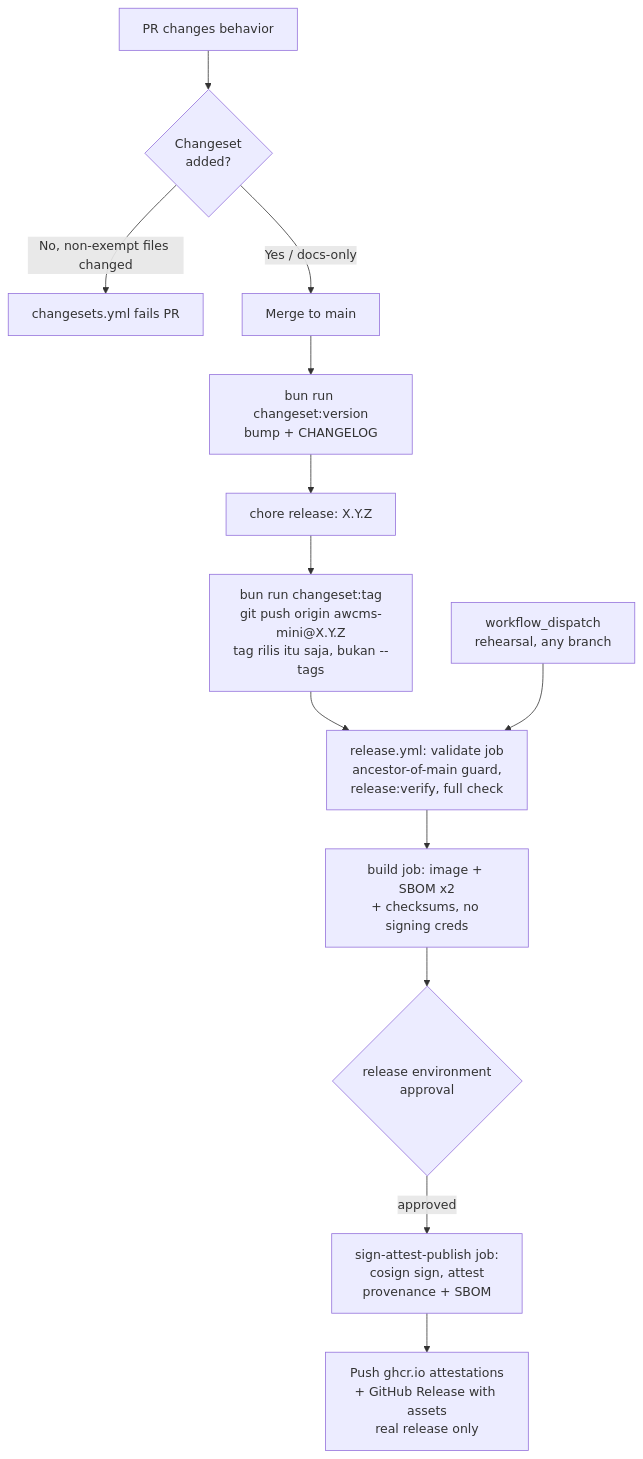
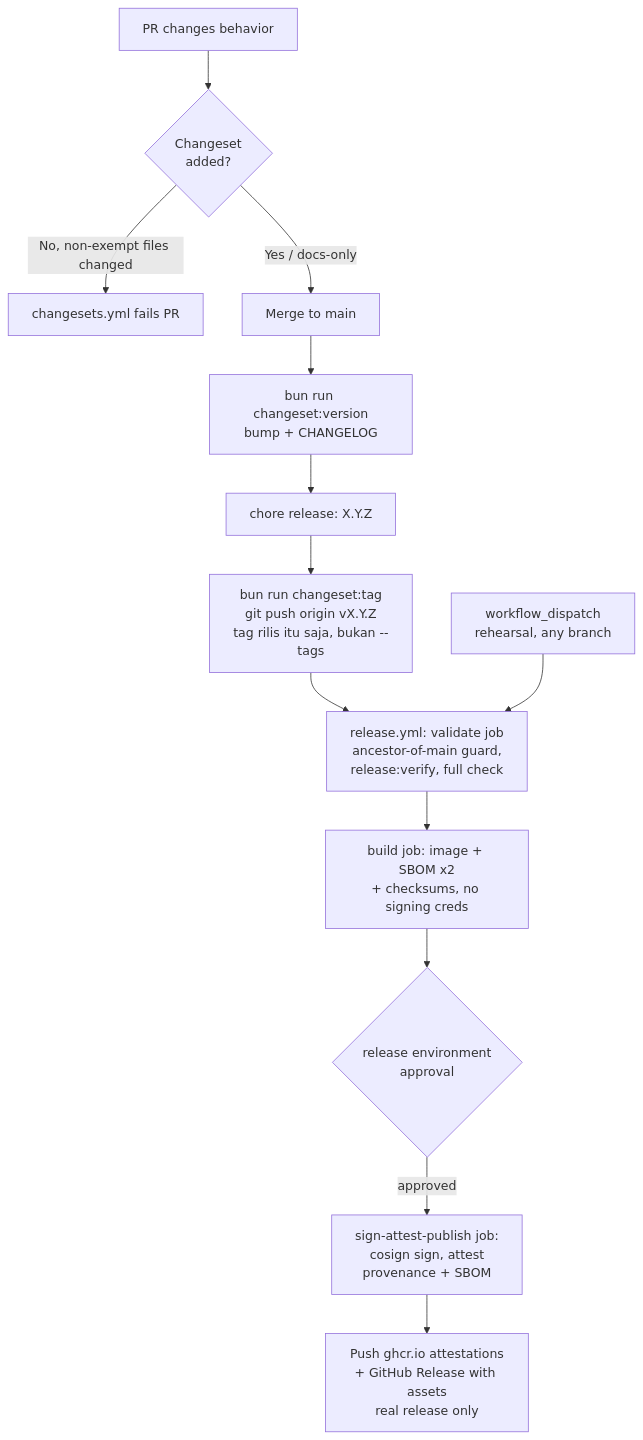
The diagram in docs/awcms-mini/release-process.md (ahliweb/awcms-mini), drawn with Mermaid before and after one commit. The commit also changed other lines of this file and 49 other files, not shown here.

First line of the commit message:
fix(release): reconcile pipeline to v* tag + changeset changelog format (#825) (#866)

````diff
--- a/docs/awcms-mini/release-process.md
+++ b/docs/awcms-mini/release-process.md
@@ -15,15 +15,15 @@
 ```mermaid
 flowchart TD
   PR[PR changes behavior] --> CS{Changeset<br/>added?}
   CS -- No, non-exempt files changed --> Block[changesets.yml fails PR]
   CS -- Yes / docs-only --> Merge[Merge to main]
   Merge --> Version[bun run changeset:version<br/>bump + CHANGELOG]
   Version --> Commit[chore release: X.Y.Z]
-  Commit --> Tag[bun run changeset:tag<br/>git push origin awcms-mini@X.Y.Z<br/>tag rilis itu saja, bukan --tags]
+  Commit --> Tag[bun run changeset:tag<br/>git push origin vX.Y.Z<br/>tag rilis itu saja, bukan --tags]
   Tag --> Validate[release.yml: validate job<br/>ancestor-of-main guard,<br/>release:verify, full check]
   Dispatch[workflow_dispatch<br/>rehearsal, any branch] --> Validate
   Validate --> BuildJob[build job: image + SBOM x2<br/>+ checksums, no signing creds]
   BuildJob --> Approve{release environment<br/>approval}
   Approve -- approved --> SignJob[sign-attest-publish job:<br/>cosign sign, attest<br/>provenance + SBOM]
   SignJob --> Publish[Push ghcr.io attestations<br/>+ GitHub Release with assets<br/>real release only]
 ```
````
